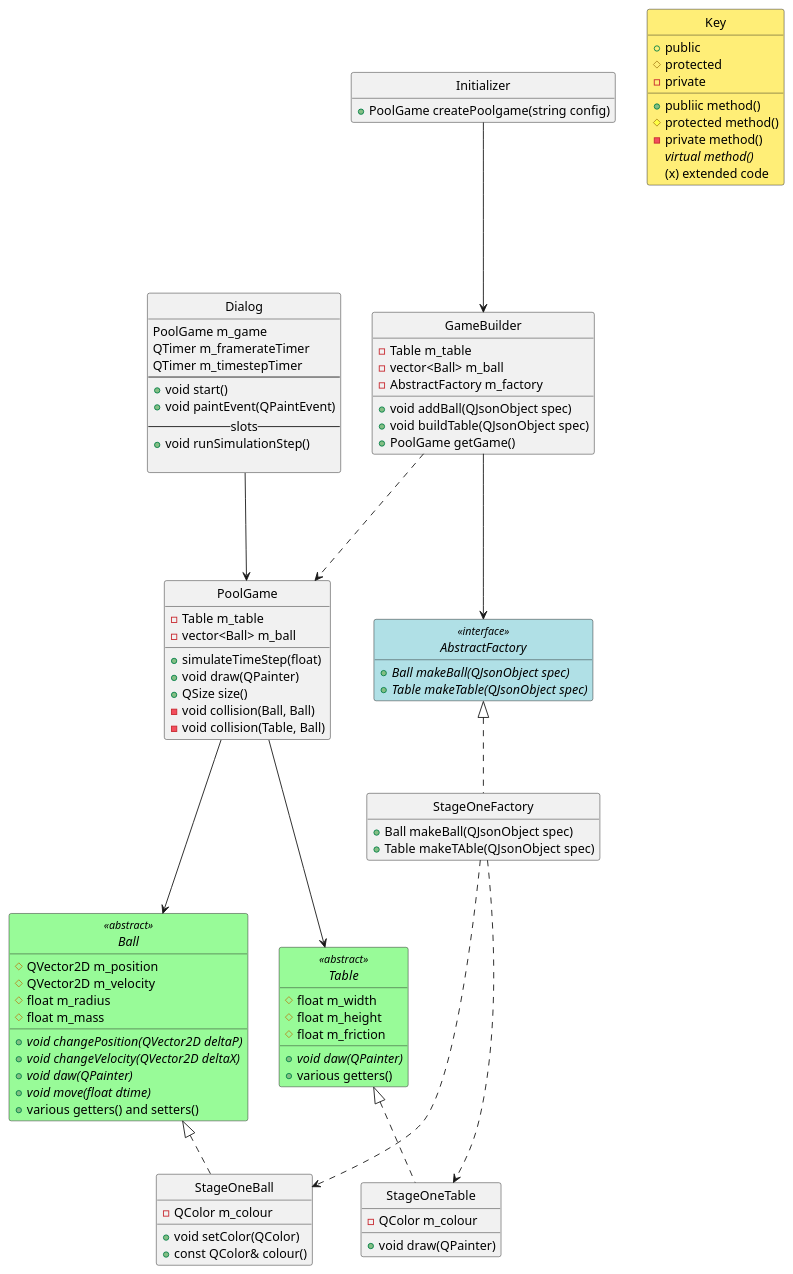
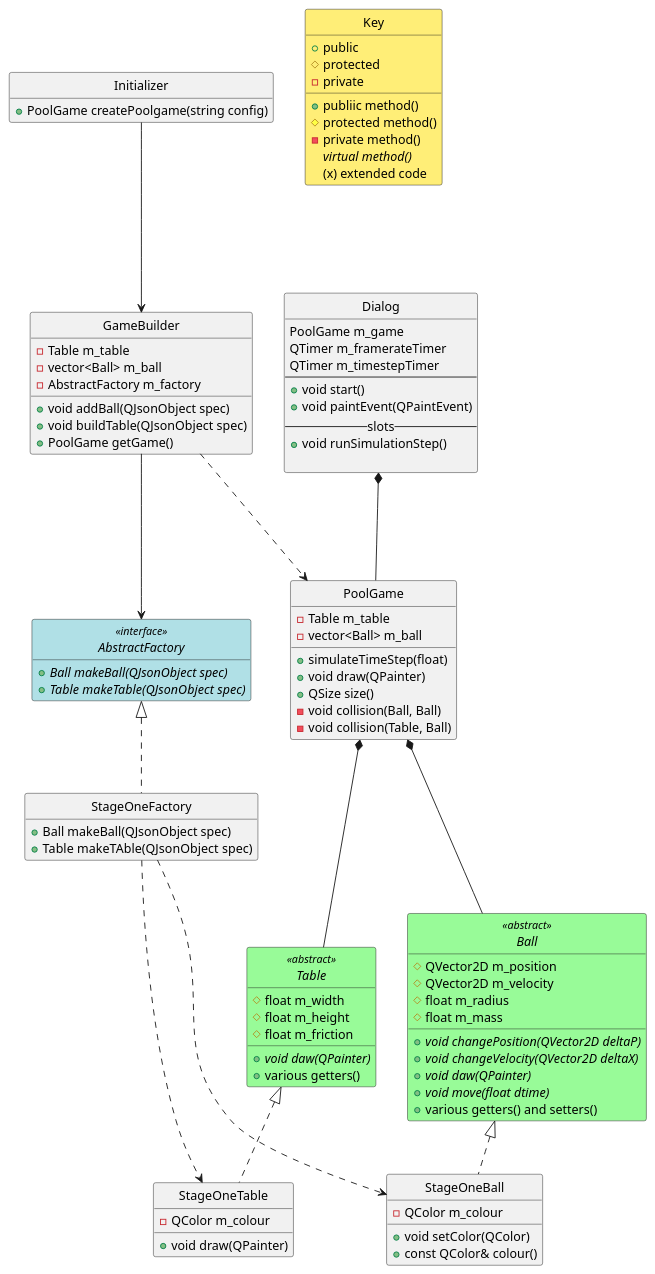
Before and after one commit to KittenHero/QtPoolGame: the diagram in class.puml, drawn with PlantUML.

Commit message:
fixed class ordering in base uml

```diff
--- a/class.puml
+++ b/class.puml
@@ -1,118 +1,120 @@
 @startuml
+
+interface AbstractFactory <<interface>> {
+    +{abstract} Ball makeBall(QJsonObject spec)
+    +{abstract} Table makeTable(QJsonObject spec)
+}
+
+class StageOneFactory {
+    +Ball makeBall(QJsonObject spec)
+    +Table makeTAble(QJsonObject spec)
+}
+
+class GameBuilder {
+    -Table m_table
+    -vector<Ball> m_ball
+    -AbstractFactory m_factory
+    
+    +void addBall(QJsonObject spec)
+    +void buildTable(QJsonObject spec)
+    +PoolGame getGame()
+}
+
+class Initializer {
+    +PoolGame createPoolgame(string config)
+}
 
 class Dialog {
     PoolGame m_game
     QTimer m_framerateTimer
     QTimer m_timestepTimer
     --
     +void start()
     +void paintEvent(QPaintEvent)
     --slots--
     +void runSimulationStep()
     
 }
 
 class PoolGame {
     -Table m_table
     -vector<Ball> m_ball
 
     +simulateTimeStep(float)
     +void draw(QPainter)
     +QSize size()
     -void collision(Ball, Ball)
     -void collision(Table, Ball)
 }
 
 abstract class Ball <<abstract>> {
     #QVector2D m_position
     #QVector2D m_velocity
     #float m_radius
     #float m_mass
     
     +{abstract} void changePosition(QVector2D deltaP)
     +{abstract} void changeVelocity(QVector2D deltaX)
     +{abstract} void daw(QPainter)
     +{abstract} void move(float dtime)
     +various getters() and setters()
 }
 
 abstract class Table <<abstract>> {
     #float m_width
     #float m_height
     #float m_friction
     
     +{abstract} void daw(QPainter)
     +various getters()
 }
 
 class StageOneBall {
     -QColor m_colour
     
     +void setColor(QColor)
     +const QColor& colour()
 }
 
 class StageOneTable {
     -QColor m_colour
     +void draw(QPainter)
 }
 
-interface AbstractFactory <<interface>> {
-    +{abstract} Ball makeBall(QJsonObject spec)
-    +{abstract} Table makeTable(QJsonObject spec)
-}
 
-class StageOneFactory {
-    +Ball makeBall(QJsonObject spec)
-    +Table makeTAble(QJsonObject spec)
-}
+Initializer     --->    GameBuilder
 
-class GameBuilder {
-    -Table m_table
-    -vector<Ball> m_ball
-    -AbstractFactory m_factory
-    
-    +void addBall(QJsonObject spec)
-    +void buildTable(QJsonObject spec)
-    +PoolGame getGame()
-}
+GameBuilder     --->    AbstractFactory
+GameBuilder     ...>    PoolGame
 
-class Initializer {
-    +PoolGame createPoolgame(string config)
-}
-
-Dialog          --->    PoolGame
-PoolGame        --->    Table
-PoolGame        --->    Ball
+Dialog          *---    PoolGame
+PoolGame        *---    Table
+PoolGame        *---    Ball
 Table           <|..    StageOneTable
 Ball            <|..    StageOneBall
 
 AbstractFactory <|..    StageOneFactory
 StageOneFactory ...>    StageOneBall
 StageOneFactory ...>    StageOneTable
 
-Initializer     --->    GameBuilder
-
-GameBuilder     --->    AbstractFactory
-GameBuilder     ...>    PoolGame
 
 class Key #ffee77 {
 	+public
 	#protected
 	-private
 	+publiic method()
 	#protected method()
 	-private method()
 	{abstract} virtual method()
 	(x) extended code
 }
 
 skinparam Class {
 	BackgroundColor<<abstract>> PaleGreen
 	BackgroundColor<<interface>> PowderBlue
 }
 
 hide circle
 hide empty members
 
 @enduml
```
